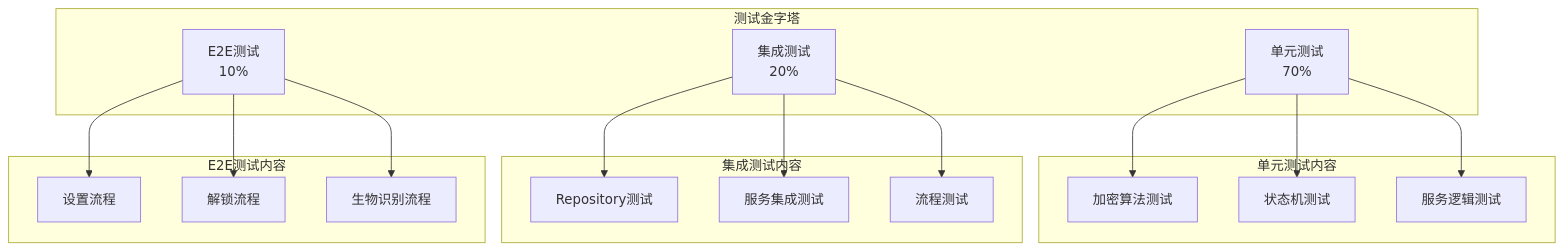
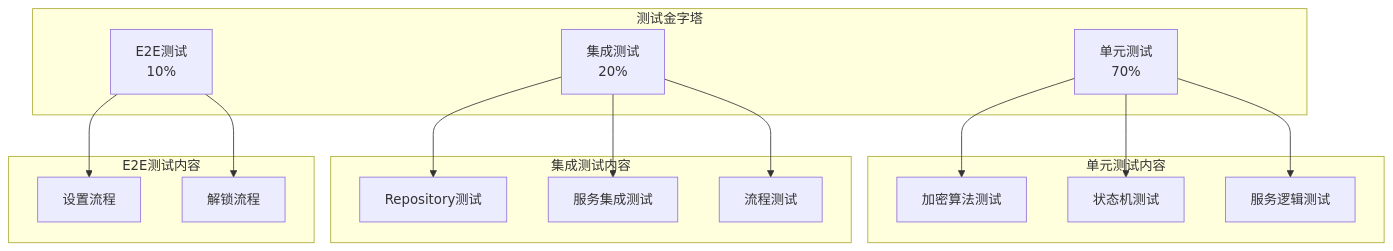
The third of 5 diagrams in wiki/架构文档/用户认证架构.md (morning-start/vaultly), drawn with Mermaid before and after one commit. The commit also changed other lines of this file and 20 other files, not shown here.

````diff
--- a/wiki/架构文档/用户认证架构.md
+++ b/wiki/架构文档/用户认证架构.md
@@ -306,38 +286,36 @@
 ```mermaid
 graph TB
     subgraph "测试金字塔"
         Unit[单元测试<br/>70%]
         Integration[集成测试<br/>20%]
         E2E[E2E测试<br/>10%]
     end
     
     subgraph "单元测试内容"
         CryptoTest[加密算法测试]
         StateTest[状态机测试]
         ServiceTest[服务逻辑测试]
     end
     
     subgraph "集成测试内容"
         RepoTest[Repository测试]
         ServiceIntTest[服务集成测试]
         FlowTest[流程测试]
     end
     
     subgraph "E2E测试内容"
         SetupFlow[设置流程]
         UnlockFlow[解锁流程]
-        BiometricFlow[生物识别流程]
     end
     
     Unit --> CryptoTest
     Unit --> StateTest
     Unit --> ServiceTest
     
     Integration --> RepoTest
     Integration --> ServiceIntTest
     Integration --> FlowTest
     
     E2E --> SetupFlow
     E2E --> UnlockFlow
-    E2E --> BiometricFlow
 ```
````
